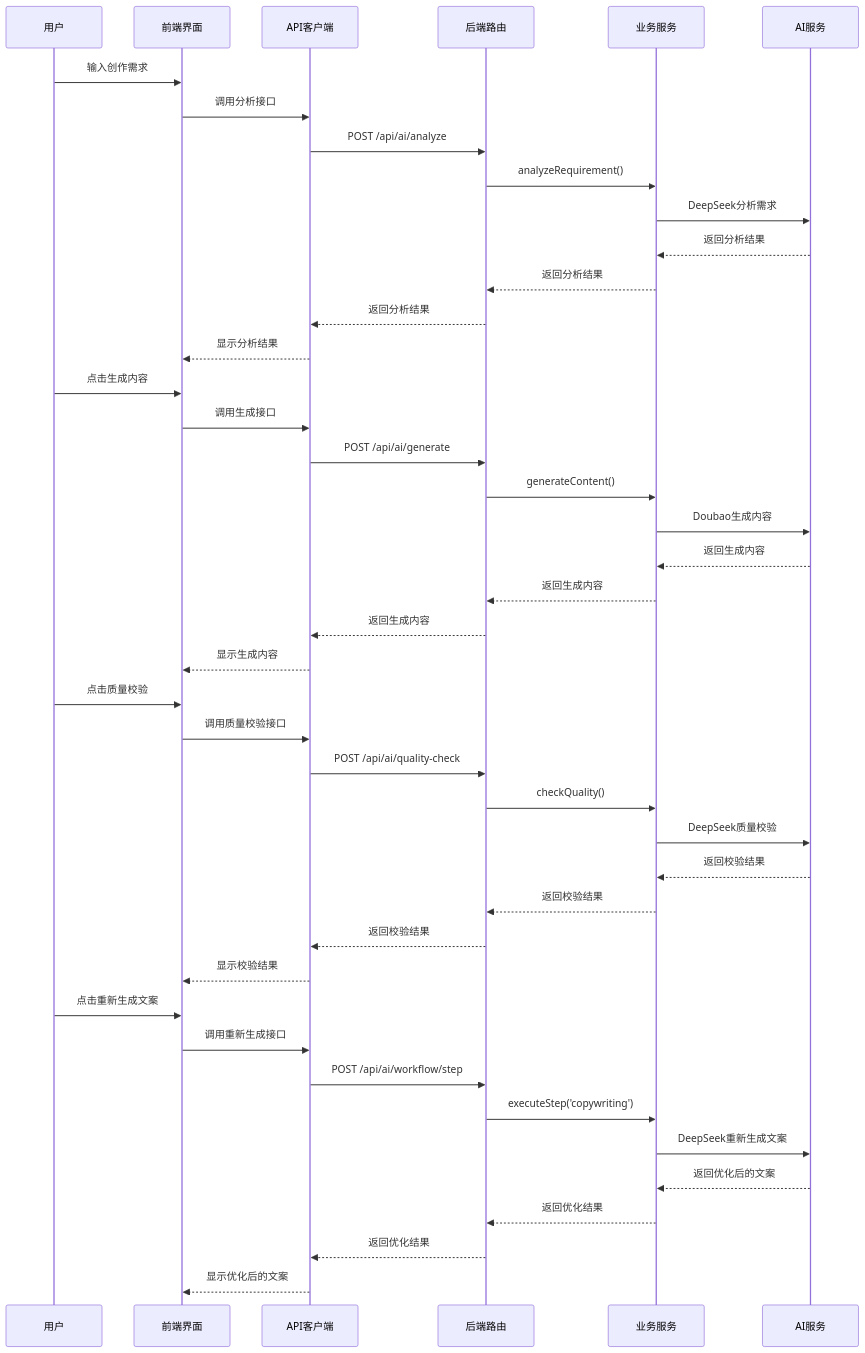
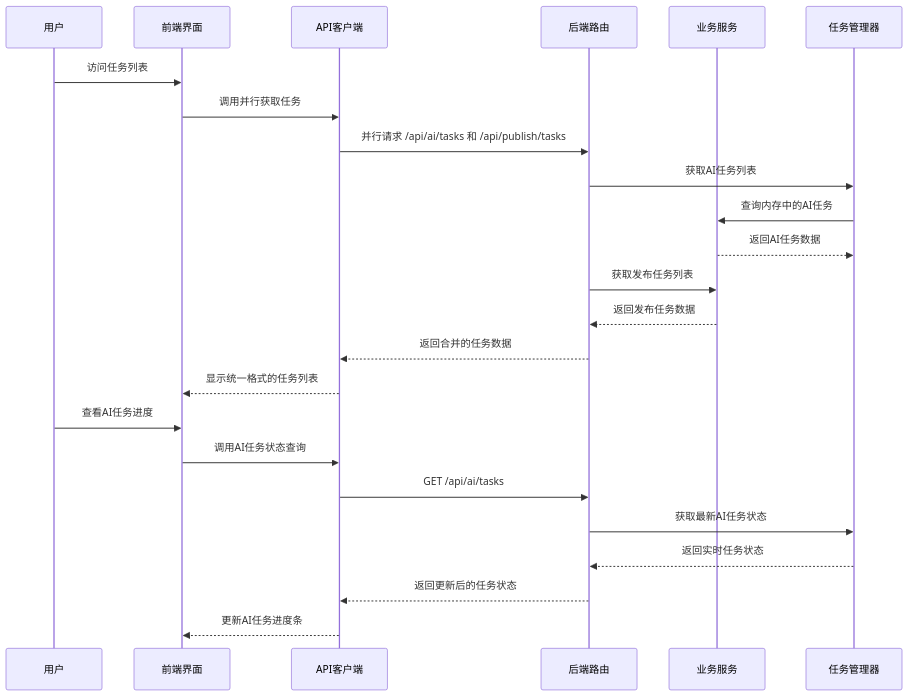
One commit to songdiyang/clawOperations changed the second of 20 diagrams in .qoder/repowiki/zh/content/核心模块详解/Web界面系统/AI创作页面.md. Above: the diagram before and after it, drawn with Mermaid. The commit also changed other lines of this file and 10 other files, not shown here.

````diff
--- a/.qoder/repowiki/zh/content/核心模块详解/Web界面系统/AI创作页面.md
+++ b/.qoder/repowiki/zh/content/核心模块详解/Web界面系统/AI创作页面.md
@@ -107,45 +120,26 @@
 ```mermaid
 sequenceDiagram
 participant User as 用户
 participant UI as 前端界面
 participant API as API客户端
 participant Router as 后端路由
 participant Service as 业务服务
-participant AI as AI服务
-User->>UI : 输入创作需求
-UI->>API : 调用分析接口
-API->>Router : POST /api/ai/analyze
-Router->>Service : analyzeRequirement()
-Service->>AI : DeepSeek分析需求
-AI-->>Service : 返回分析结果
-Service-->>Router : 返回分析结果
-Router-->>API : 返回分析结果
-API-->>UI : 显示分析结果
-User->>UI : 点击生成内容
-UI->>API : 调用生成接口
-API->>Router : POST /api/ai/generate
-Router->>Service : generateContent()
-Service->>AI : Doubao生成内容
-AI-->>Service : 返回生成内容
-Service-->>Router : 返回生成内容
-Router-->>API : 返回生成内容
-API-->>UI : 显示生成内容
-User->>UI : 点击质量校验
-UI->>API : 调用质量校验接口
-API->>Router : POST /api/ai/quality-check
-Router->>Service : checkQuality()
-Service->>AI : DeepSeek质量校验
-AI-->>Service : 返回校验结果
-Service-->>Router : 返回校验结果
-Router-->>API : 返回校验结果
-API-->>UI : 显示校验结果
-User->>UI : 点击重新生成文案
-UI->>API : 调用重新生成接口
-API->>Router : POST /api/ai/workflow/step
-Router->>Service : executeStep('copywriting')
-Service->>AI : DeepSeek重新生成文案
-AI-->>Service : 返回优化后的文案
-Service-->>Router : 返回优化结果
-Router-->>API : 返回优化结果
-API-->>UI : 显示优化后的文案
+participant TaskManager as 任务管理器
+User->>UI : 访问任务列表
+UI->>API : 调用并行获取任务
+API->>Router : 并行请求 /api/ai/tasks 和 /api/publish/tasks
+Router->>TaskManager : 获取AI任务列表
+TaskManager->>Service : 查询内存中的AI任务
+Service-->>TaskManager : 返回AI任务数据
+Router->>Service : 获取发布任务列表
+Service-->>Router : 返回发布任务数据
+Router-->>API : 返回合并的任务数据
+API-->>UI : 显示统一格式的任务列表
+User->>UI : 查看AI任务进度
+UI->>API : 调用AI任务状态查询
+API->>Router : GET /api/ai/tasks
+Router->>TaskManager : 获取最新AI任务状态
+TaskManager-->>Router : 返回实时任务状态
+Router-->>API : 返回更新后的任务状态
+API-->>UI : 更新AI任务进度条
 ```
````
